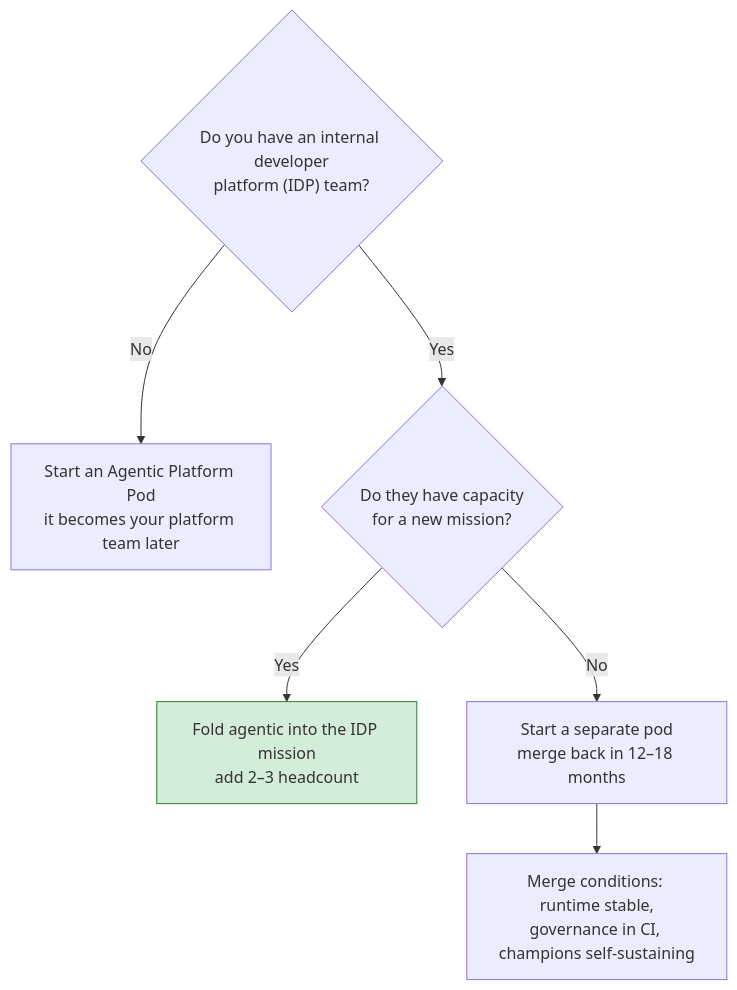
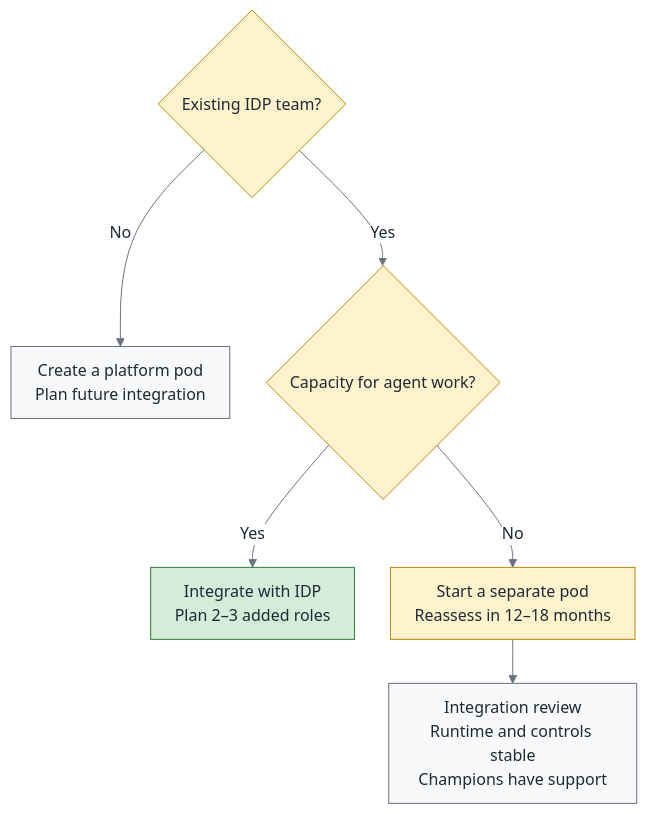
Before and after one commit to fantasybz/medium-articles: the third of 3 diagrams in 2026-09-agentic-org-design/article.en.md, drawn with Mermaid. The commit also changed other lines of this file and 69 other files, not shown here.

````diff
--- a/2026-09-agentic-org-design/article.en.md
+++ b/2026-09-agentic-org-design/article.en.md
@@ -156,9 +156,38 @@
 ```mermaid
-flowchart TD
-    Q1{"Do you have an internal developer<br/>platform (IDP) team?"} -->|No| N1["Start an Agentic Platform Pod<br/>it becomes your platform team later"]
-    Q1 -->|Yes| Q2{"Do they have capacity<br/>for a new mission?"}
-    Q2 -->|Yes| A1["Fold agentic into the IDP mission<br/>add 2–3 headcount"]
-    Q2 -->|No| A2["Start a separate pod<br/>merge back in 12–18 months"]
-    A2 --> M["Merge conditions: runtime stable,<br/>governance in CI, champions self-sustaining"]
-    style A1 fill:#d4edda,stroke:#2e7d32
+---
+config:
+  theme: base
+  themeVariables:
+    fontSize: 16px
+    primaryColor: "#f8f9fa"
+    primaryTextColor: "#1f2933"
+    primaryBorderColor: "#6b7280"
+    lineColor: "#6b7280"
+    secondaryColor: "#f8f9fa"
+    tertiaryColor: "#ffffff"
+    clusterBkg: "#ffffff"
+    clusterBorder: "#9ca3af"
+    edgeLabelBackground: "#ffffff"
+  flowchart:
+    nodeSpacing: 36
+    rankSpacing: 44
+    padding: 12
+    htmlLabels: true
+    subGraphTitleMargin:
+      top: 8
+      bottom: 12
+    curve: basis
+---
+flowchart TB
+    classDef own fill:#d4edda,stroke:#2e7d32,color:#1f2933
+    classDef buy fill:#fff3cd,stroke:#b8860b,color:#1f2933
+    classDef bad fill:#ffe0e0,stroke:#c0392b,color:#1f2933
+    classDef human fill:#e3f2fd,stroke:#1565c0,color:#1f2933
+    Q1{"Existing IDP team?"} -->|No| N1["Create a platform pod<br/>Plan future integration"]
+    Q1 -->|Yes| Q2{"Capacity for agent work?"}
+    Q2 -->|Yes| A1["Integrate with IDP<br/>Plan 2–3 added roles"]
+    Q2 -->|No| A2["Start a separate pod<br/>Reassess in 12–18 months"]
+    A2 --> M["Integration review<br/>Runtime and controls stable<br/>Champions have support"]
+    class A1 own
+    class Q1,Q2,A2 buy
 ```
````
